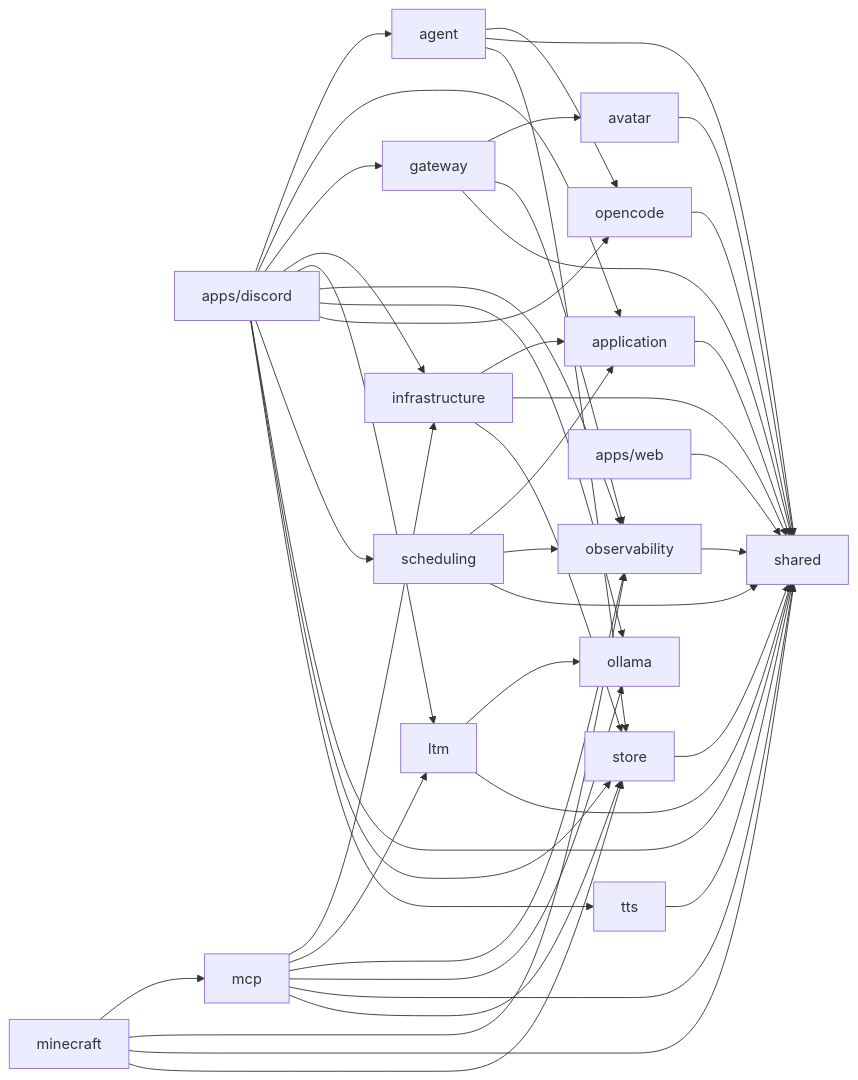
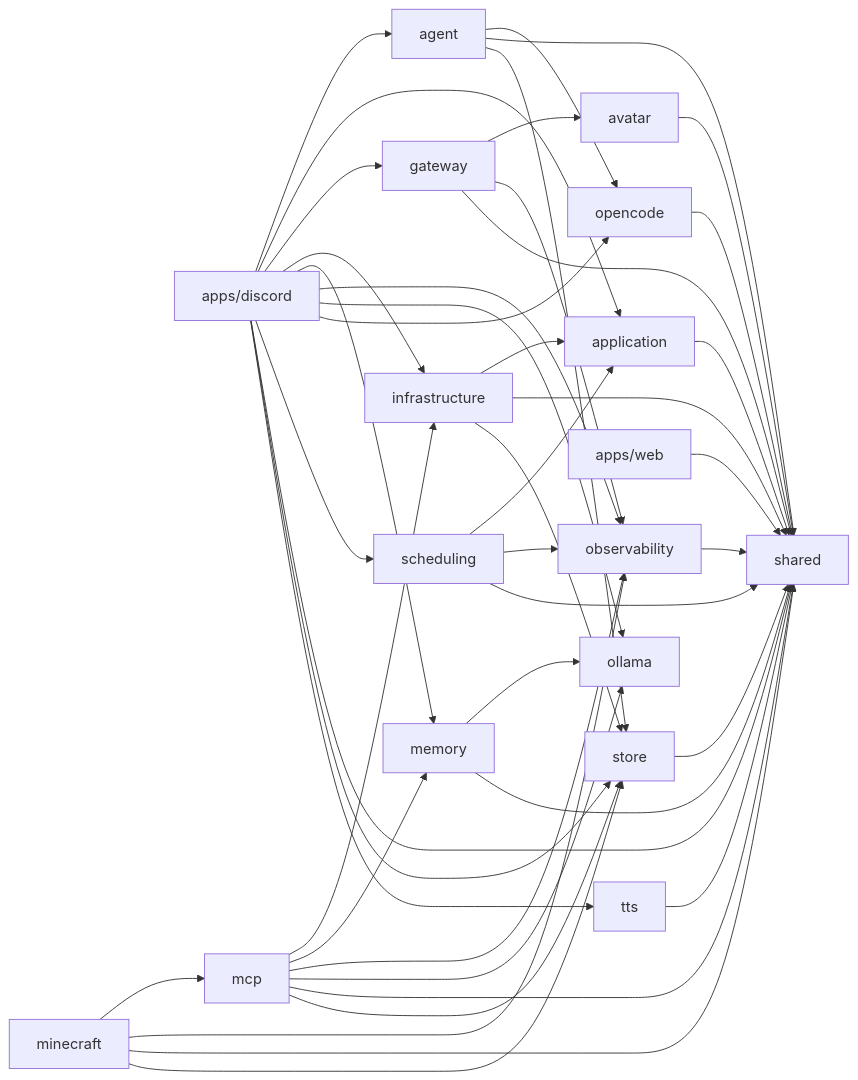
Before and after one commit to OJII3/vicissitude: the diagram in docs/DEPS.md, drawn with Mermaid. The commit also changed other lines of this file and 101 other files, not shown here.

First line of the commit message:
refactor: LTM → Memory 全面リネーム (#271)

````diff
--- a/docs/DEPS.md
+++ b/docs/DEPS.md
@@ -7,48 +7,48 @@
 ```mermaid
 graph LR
   agent --> opencode
   agent --> shared
   agent --> store
   application --> shared
   apps_discord["apps/discord"] --> agent
   apps_discord["apps/discord"] --> application
   apps_discord["apps/discord"] --> gateway
   apps_discord["apps/discord"] --> infrastructure
-  apps_discord["apps/discord"] --> ltm
+  apps_discord["apps/discord"] --> memory
   apps_discord["apps/discord"] --> observability
   apps_discord["apps/discord"] --> ollama
   apps_discord["apps/discord"] --> opencode
   apps_discord["apps/discord"] --> scheduling
   apps_discord["apps/discord"] --> shared
   apps_discord["apps/discord"] --> store
   apps_discord["apps/discord"] --> tts
   apps_web["apps/web"] --> shared
   avatar --> shared
   gateway --> avatar
   gateway --> observability
   gateway --> shared
   infrastructure --> application
   infrastructure --> shared
   infrastructure --> store
-  ltm --> ollama
-  ltm --> shared
   mcp --> infrastructure
-  mcp --> ltm
+  mcp --> memory
   mcp --> observability
   mcp --> ollama
   mcp --> shared
   mcp --> store
+  memory --> ollama
+  memory --> shared
   minecraft --> mcp
   minecraft --> observability
   minecraft --> shared
   minecraft --> store
   observability --> shared
   ollama
   opencode --> shared
   scheduling --> application
   scheduling --> observability
   scheduling --> shared
   shared
   store --> shared
   tts --> shared
 ```
````
